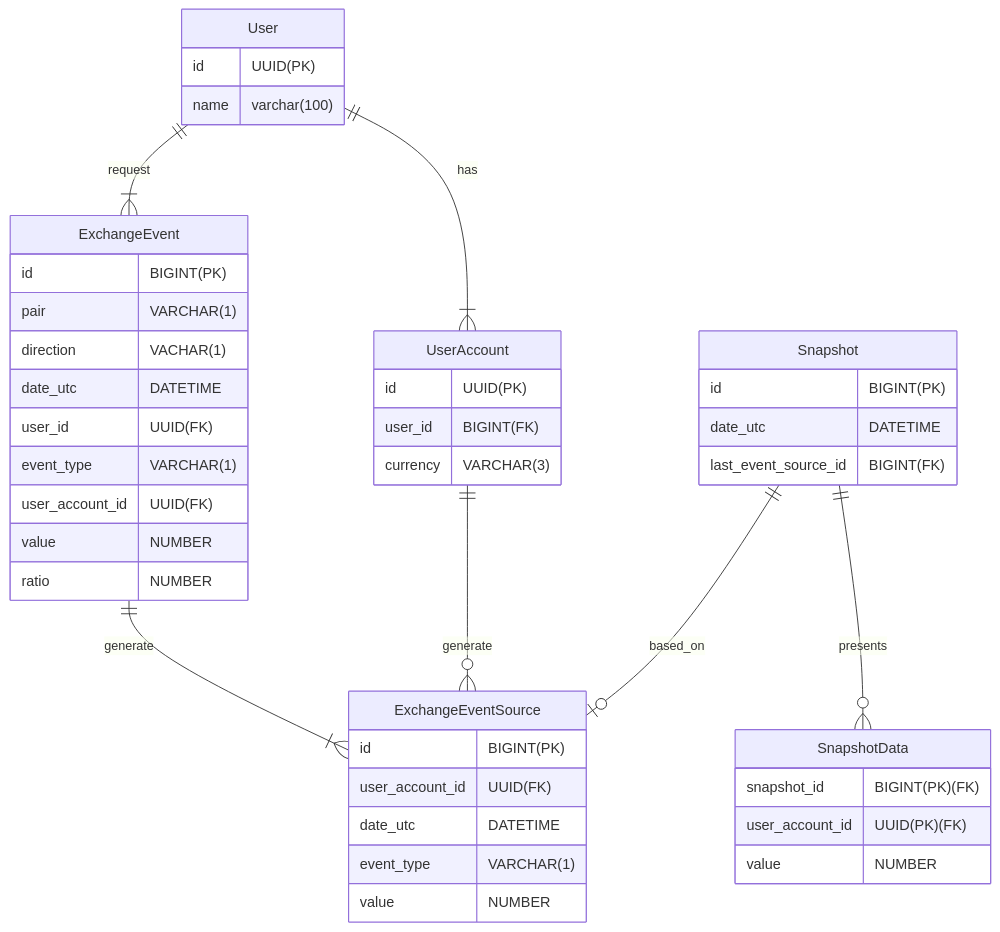
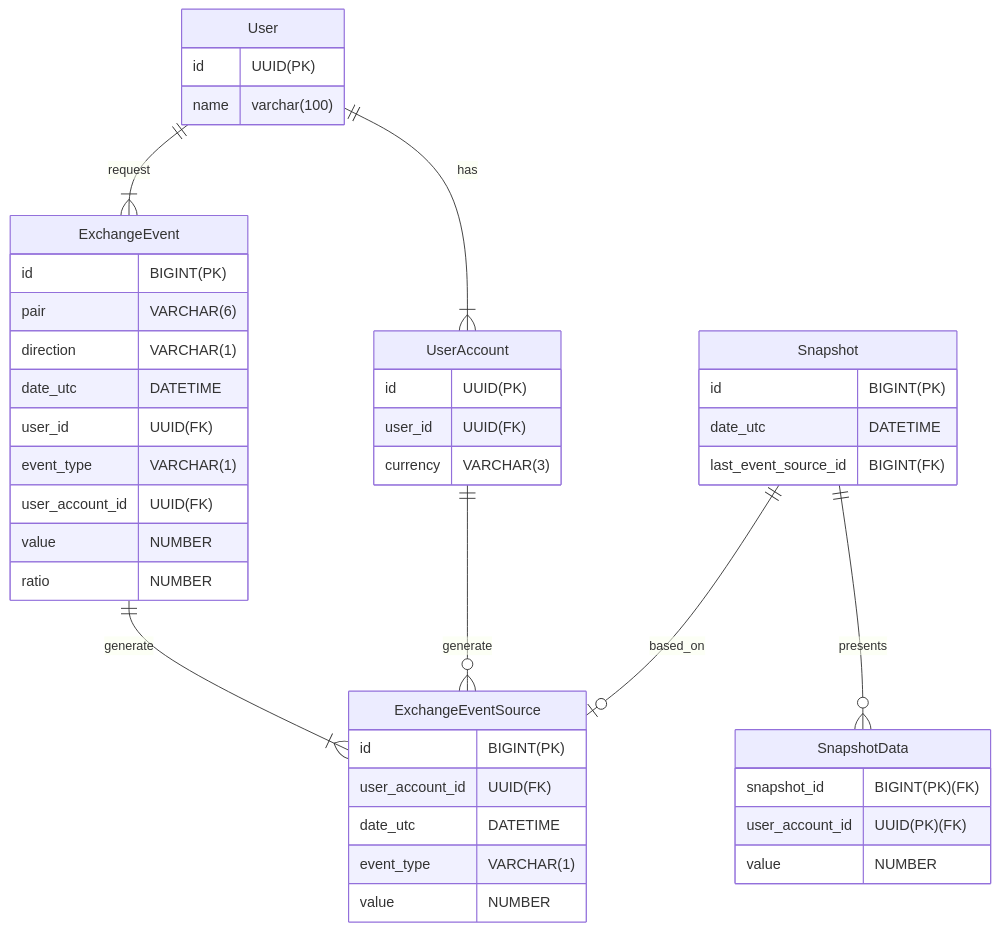
Before and after one commit to tomasz-franek/exchange-platform: the diagram in docs/database.md, drawn with Mermaid. The commit also changed 1 other file, not shown here.

Commit message:
exchange event table structure

````diff
--- a/docs/database.md
+++ b/docs/database.md
@@ -1,53 +1,53 @@
 ```mermaid
 erDiagram
     User {
         id UUID(PK)
         name varchar(100)
     }
 
     UserAccount {
         id UUID(PK)
-        user_id BIGINT(FK)
+        user_id UUID(FK)
         currency VARCHAR(3)
     }
 
     ExchangeEvent {
         id BIGINT(PK)
-        pair VARCHAR(1)
-        direction VACHAR(1)
+        pair VARCHAR(6)
+        direction VARCHAR(1)
         date_utc DATETIME
         user_id UUID(FK)
         event_type VARCHAR(1)
         user_account_id UUID(FK)
         value NUMBER
         ratio NUMBER
     }
 
     ExchangeEventSource {
         id BIGINT(PK)
         user_account_id UUID(FK)
         date_utc DATETIME
         event_type VARCHAR(1)
         value NUMBER
     }
 
     Snapshot {
         id BIGINT(PK)
         date_utc DATETIME
         last_event_source_id BIGINT(FK)
     }
 
     SnapshotData {
         snapshot_id BIGINT(PK)(FK)
         user_account_id UUID(PK)(FK)
         value NUMBER
     }
 
     User ||--|{ ExchangeEvent: request
     User ||--|{ UserAccount: has
     ExchangeEvent ||--|{ ExchangeEventSource: generate
     UserAccount ||--o{ ExchangeEventSource: generate
     Snapshot ||--o| ExchangeEventSource: based_on
     Snapshot ||--o{ SnapshotData: presents
 
 ```
````
